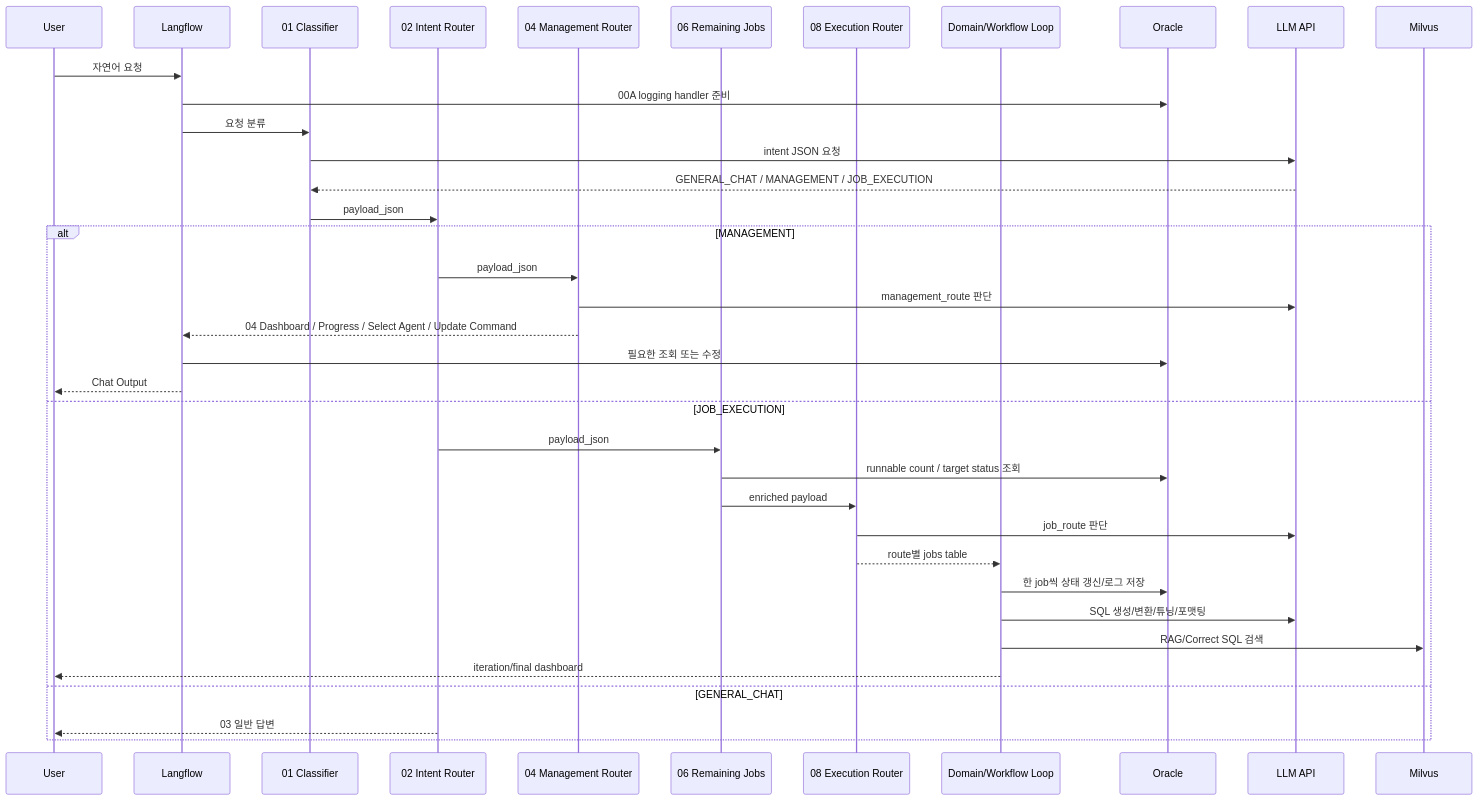
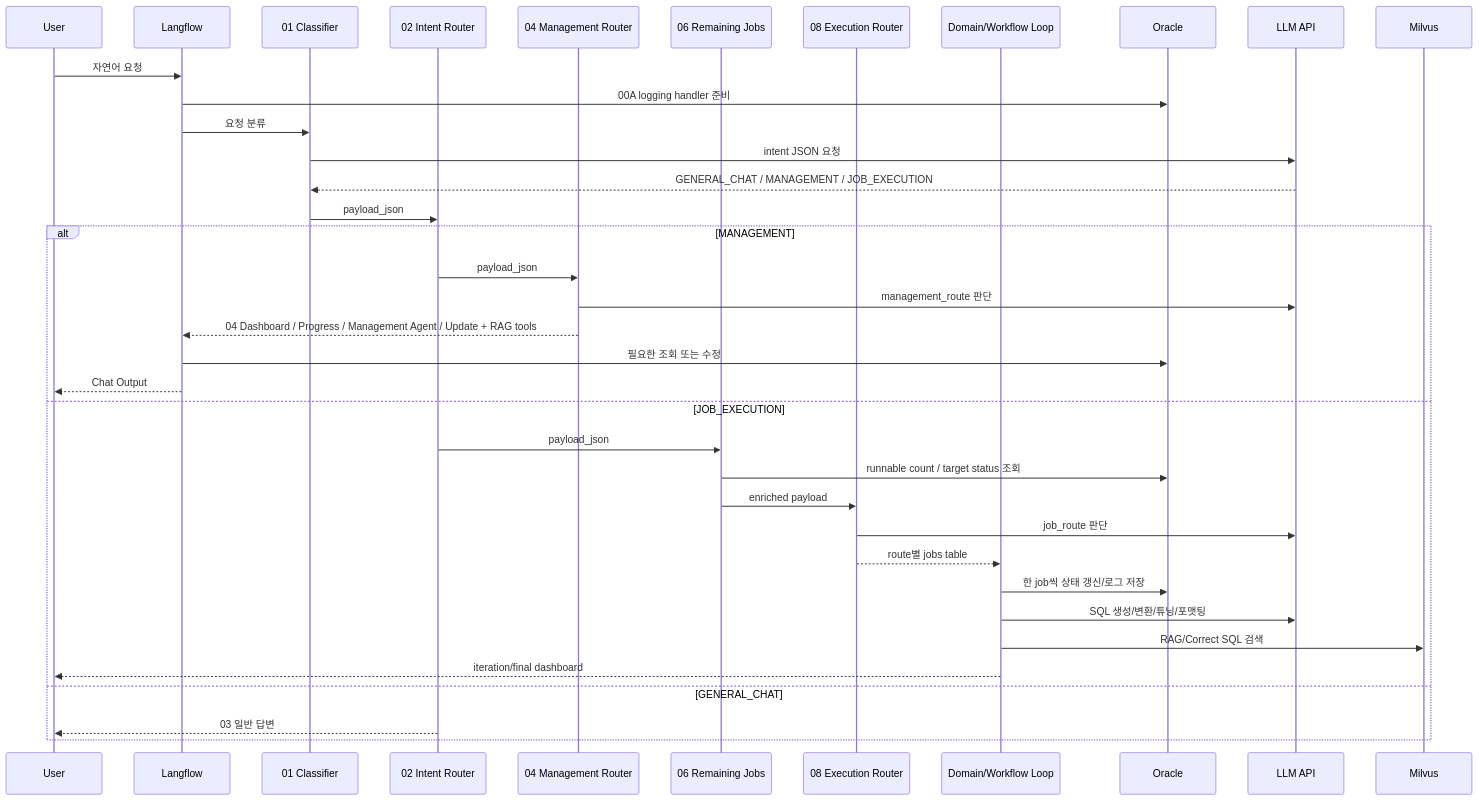
The third of 3 diagrams in smartMigrate_2.0_Langflow/00_guide/00_architecture_chapter1_overview.md (seongikjin227-jpg/refactoring_smartMigrate), drawn with Mermaid before and after one commit. The commit also changed other lines of this file and 8 other files, not shown here.

````diff
--- a/smartMigrate_2.0_Langflow/00_guide/00_architecture_chapter1_overview.md
+++ b/smartMigrate_2.0_Langflow/00_guide/00_architecture_chapter1_overview.md
@@ -118,40 +120,40 @@
 ```mermaid
 sequenceDiagram
     participant User
     participant LF as Langflow
     participant C01 as 01 Classifier
     participant R02 as 02 Intent Router
     participant M04 as 04 Management Router
     participant J06 as 06 Remaining Jobs
     participant J08 as 08 Execution Router
     participant FlowLoop as Domain/Workflow Loop
     participant DB as Oracle
     participant LLM as LLM API
     participant Milvus
 
     User->>LF: 자연어 요청
     LF->>DB: 00A logging handler 준비
     LF->>C01: 요청 분류
     C01->>LLM: intent JSON 요청
     LLM-->>C01: GENERAL_CHAT / MANAGEMENT / JOB_EXECUTION
     C01->>R02: payload_json
     alt MANAGEMENT
         R02->>M04: payload_json
         M04->>LLM: management_route 판단
-        M04-->>LF: 04 Dashboard / Progress / Select Agent / Update Command
+        M04-->>LF: 04 Dashboard / Progress / Management Agent / Update + RAG tools
         LF->>DB: 필요한 조회 또는 수정
         LF-->>User: Chat Output
     else JOB_EXECUTION
         R02->>J06: payload_json
         J06->>DB: runnable count / target status 조회
         J06->>J08: enriched payload
         J08->>LLM: job_route 판단
         J08-->>FlowLoop: route별 jobs table
         FlowLoop->>DB: 한 job씩 상태 갱신/로그 저장
         FlowLoop->>LLM: SQL 생성/변환/튜닝/포맷팅
         FlowLoop->>Milvus: RAG/Correct SQL 검색
         FlowLoop-->>User: iteration/final dashboard
     else GENERAL_CHAT
         R02-->>User: 03 일반 답변
     end
 ```
````
